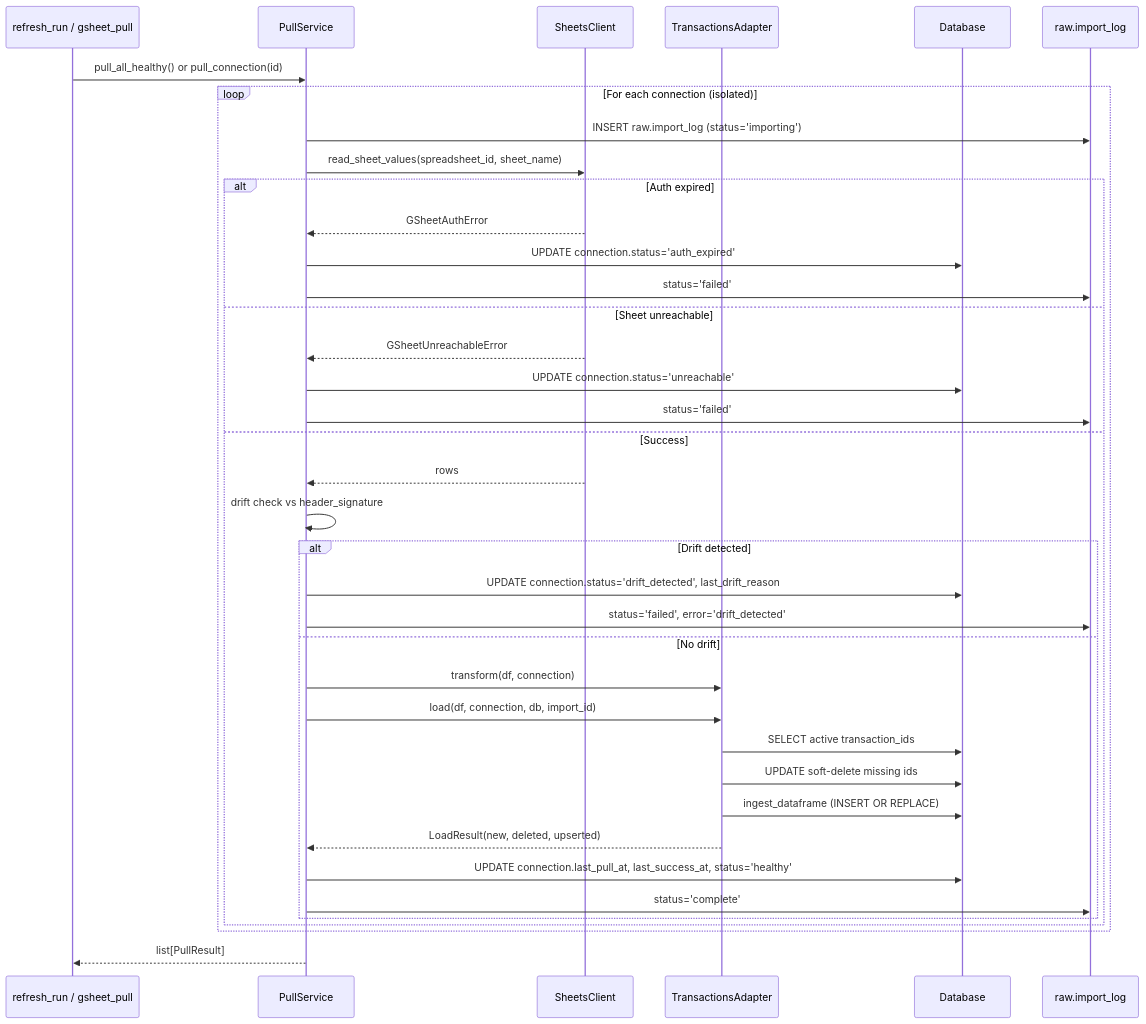
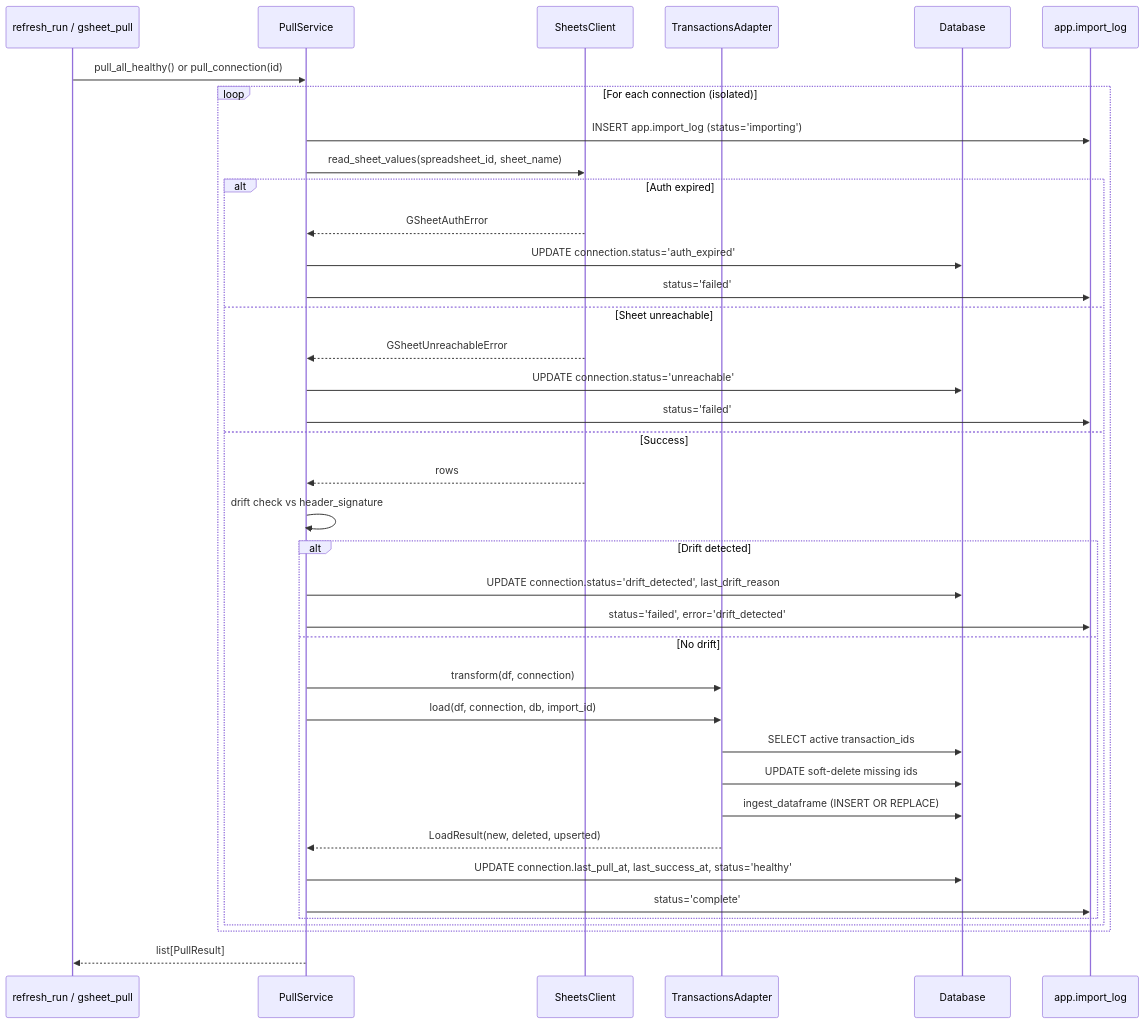
One commit to bsaffel/moneybin changed the third of 5 diagrams in docs/specs/connect-gsheet.md. Above: the diagram before and after it, drawn with Mermaid. The commit also changed other lines of this file and 96 other files, not shown here.

````diff
--- a/docs/specs/connect-gsheet.md
+++ b/docs/specs/connect-gsheet.md
@@ -269,41 +269,41 @@
 ```mermaid
 sequenceDiagram
     participant Caller as refresh_run / gsheet_pull
     participant Pull as PullService
     participant API as SheetsClient
     participant Adapter as TransactionsAdapter
     participant DB as Database
-    participant Log as raw.import_log
+    participant Log as app.import_log
 
     Caller->>Pull: pull_all_healthy() or pull_connection(id)
     loop For each connection (isolated)
-        Pull->>Log: INSERT raw.import_log (status='importing')
+        Pull->>Log: INSERT app.import_log (status='importing')
         Pull->>API: read_sheet_values(spreadsheet_id, sheet_name)
         alt Auth expired
             API-->>Pull: GSheetAuthError
             Pull->>DB: UPDATE connection.status='auth_expired'
             Pull->>Log: status='failed'
         else Sheet unreachable
             API-->>Pull: GSheetUnreachableError
             Pull->>DB: UPDATE connection.status='unreachable'
             Pull->>Log: status='failed'
         else Success
             API-->>Pull: rows
             Pull->>Pull: drift check vs header_signature
             alt Drift detected
                 Pull->>DB: UPDATE connection.status='drift_detected', last_drift_reason
                 Pull->>Log: status='failed', error='drift_detected'
             else No drift
                 Pull->>Adapter: transform(df, connection)
                 Pull->>Adapter: load(df, connection, db, import_id)
                 Adapter->>DB: SELECT active transaction_ids
                 Adapter->>DB: UPDATE soft-delete missing ids
                 Adapter->>DB: ingest_dataframe (INSERT OR REPLACE)
                 Adapter-->>Pull: LoadResult(new, deleted, upserted)
                 Pull->>DB: UPDATE connection.last_pull_at, last_success_at, status='healthy'
                 Pull->>Log: status='complete'
             end
         end
     end
     Pull-->>Caller: list[PullResult]
 ```
````
